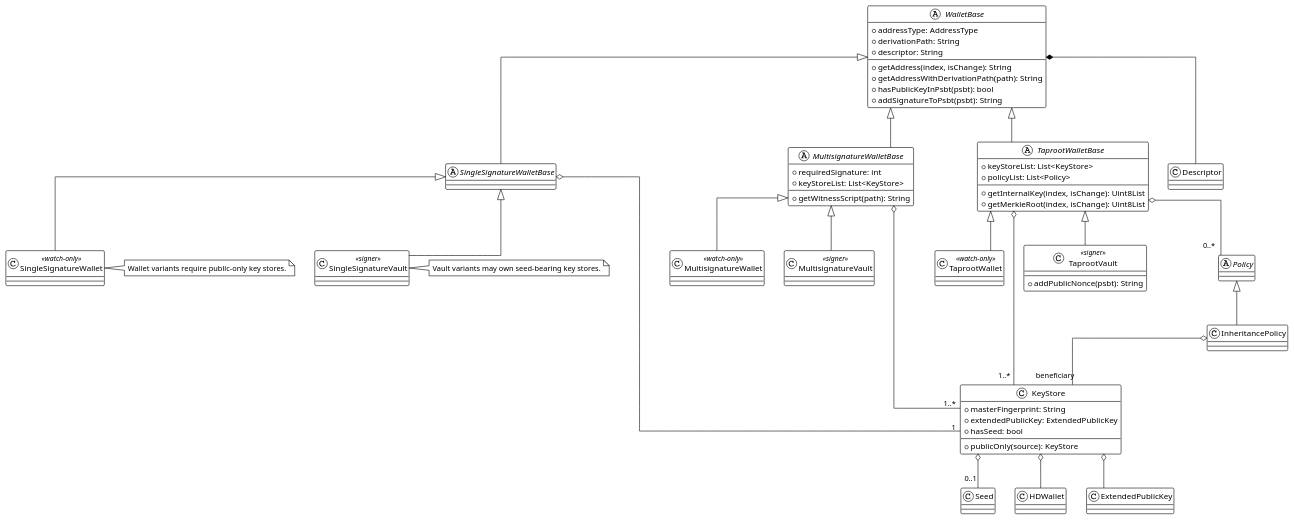
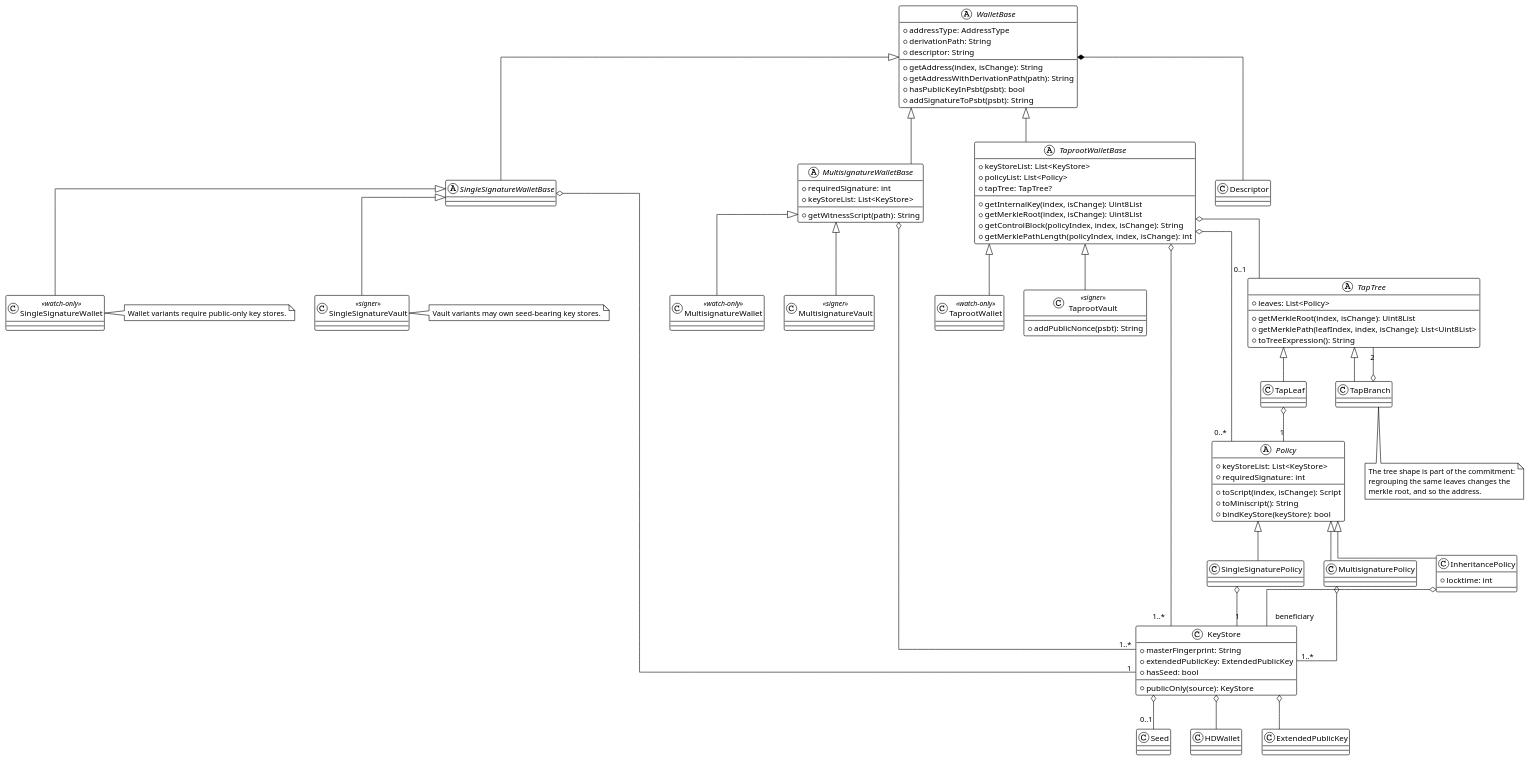
Before and after one commit to noncelab/coconut_lib: the diagram in doc/design/architecture/wallet-class-diagram.puml, drawn with PlantUML. The commit also changed 17 other files, not shown here.

```diff
--- a/doc/design/architecture/wallet-class-diagram.puml
+++ b/doc/design/architecture/wallet-class-diagram.puml
@@ -1,80 +1,116 @@
 @startuml wallet_class_diagram
 !theme plain
 skinparam monochrome true
 skinparam shadowing false
 skinparam linetype ortho
 top to bottom direction
 
 abstract class WalletBase {
   +addressType: AddressType
   +derivationPath: String
   +descriptor: String
   +getAddress(index, isChange): String
   +getAddressWithDerivationPath(path): String
   +hasPublicKeyInPsbt(psbt): bool
   +addSignatureToPsbt(psbt): String
 }
 
 abstract class SingleSignatureWalletBase
 abstract class MultisignatureWalletBase {
   +requiredSignature: int
   +keyStoreList: List<KeyStore>
   +getWitnessScript(path): String
 }
 abstract class TaprootWalletBase {
   +keyStoreList: List<KeyStore>
   +policyList: List<Policy>
+  +tapTree: TapTree?
   +getInternalKey(index, isChange): Uint8List
   +getMerkleRoot(index, isChange): Uint8List
+  +getControlBlock(policyIndex, index, isChange): String
+  +getMerklePathLength(policyIndex, index, isChange): int
 }
 
 class SingleSignatureWallet <<watch-only>>
 class MultisignatureWallet <<watch-only>>
 class TaprootWallet <<watch-only>>
 class SingleSignatureVault <<signer>>
 class MultisignatureVault <<signer>>
 class TaprootVault <<signer>> {
   +addPublicNonce(psbt): String
 }
 
 class KeyStore {
   +masterFingerprint: String
   +extendedPublicKey: ExtendedPublicKey
   +hasSeed: bool
   +publicOnly(source): KeyStore
 }
 class Seed
 class HDWallet
 class ExtendedPublicKey
 class Descriptor
-abstract class Policy
-class InheritancePolicy
+abstract class Policy {
+  +keyStoreList: List<KeyStore>
+  +requiredSignature: int
+  +toScript(index, isChange): Script
+  +toMiniscript(): String
+  +bindKeyStore(keyStore): bool
+}
+class SingleSignaturePolicy
+class MultisignaturePolicy
+class InheritancePolicy {
+  +locktime: int
+}
+
+abstract class TapTree {
+  +leaves: List<Policy>
+  +getMerkleRoot(index, isChange): Uint8List
+  +getMerklePath(leafIndex, index, isChange): List<Uint8List>
+  +toTreeExpression(): String
+}
+class TapLeaf
+class TapBranch
 
 WalletBase <|-- SingleSignatureWalletBase
 WalletBase <|-- MultisignatureWalletBase
 WalletBase <|-- TaprootWalletBase
 SingleSignatureWalletBase <|-- SingleSignatureWallet
 SingleSignatureWalletBase <|-- SingleSignatureVault
 MultisignatureWalletBase <|-- MultisignatureWallet
 MultisignatureWalletBase <|-- MultisignatureVault
 TaprootWalletBase <|-- TaprootWallet
 TaprootWalletBase <|-- TaprootVault
+Policy <|-- SingleSignaturePolicy
+Policy <|-- MultisignaturePolicy
 Policy <|-- InheritancePolicy
+TapTree <|-- TapLeaf
+TapTree <|-- TapBranch
 
 WalletBase *-- Descriptor
 SingleSignatureWalletBase o-- "1" KeyStore
 MultisignatureWalletBase o-- "1..*" KeyStore
 TaprootWalletBase o-- "1..*" KeyStore
 TaprootWalletBase o-- "0..*" Policy
+TaprootWalletBase o-- "0..1" TapTree
+TapLeaf o-- "1" Policy
+TapBranch o-- "2" TapTree
+SingleSignaturePolicy o-- "1" KeyStore
+MultisignaturePolicy o-- "1..*" KeyStore
 InheritancePolicy o-- "beneficiary" KeyStore
 KeyStore o-- HDWallet
 KeyStore o-- ExtendedPublicKey
 KeyStore o-- "0..1" Seed
 
 note right of SingleSignatureWallet
   Wallet variants require public-only key stores.
 end note
 note right of SingleSignatureVault
   Vault variants may own seed-bearing key stores.
 end note
+note bottom of TapBranch
+  The tree shape is part of the commitment:
+  regrouping the same leaves changes the
+  merkle root, and so the address.
+end note
 @enduml
```
